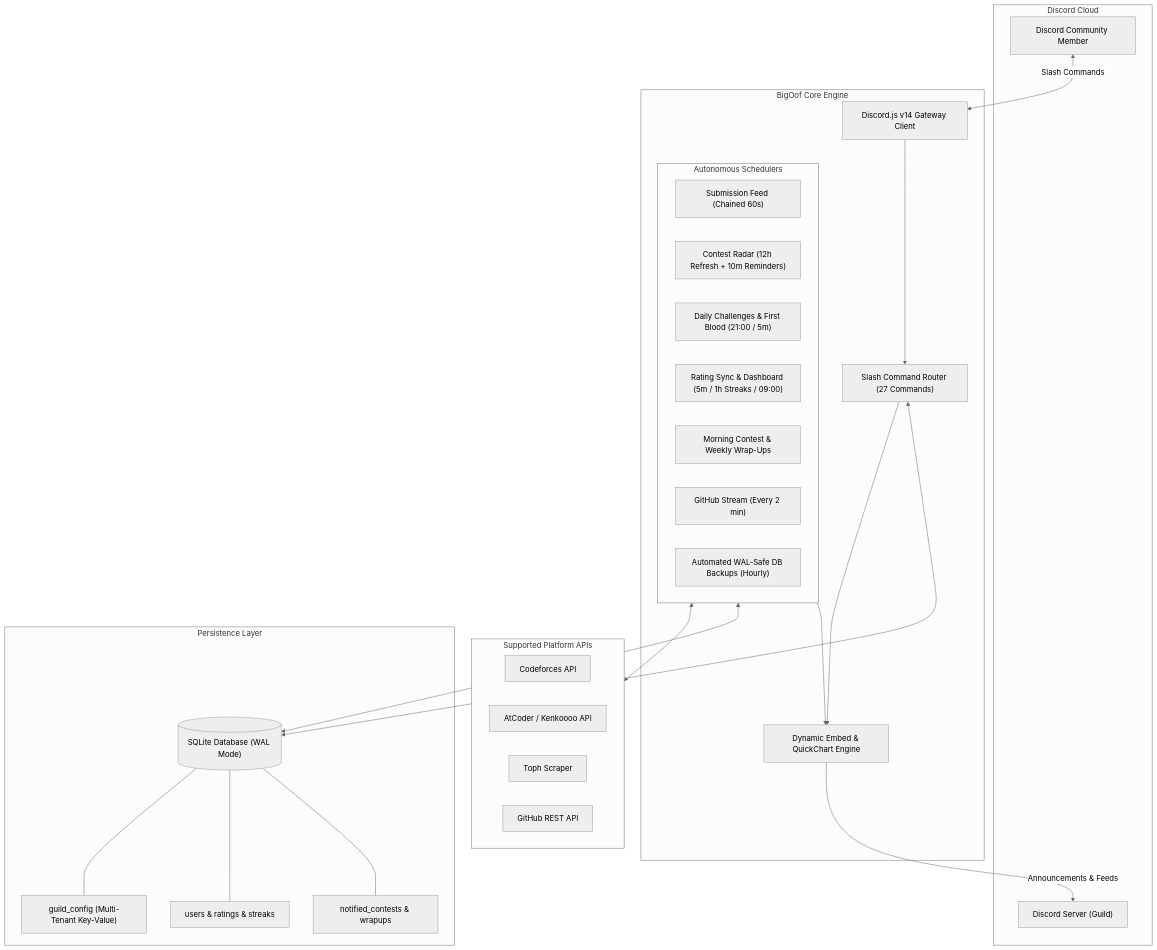
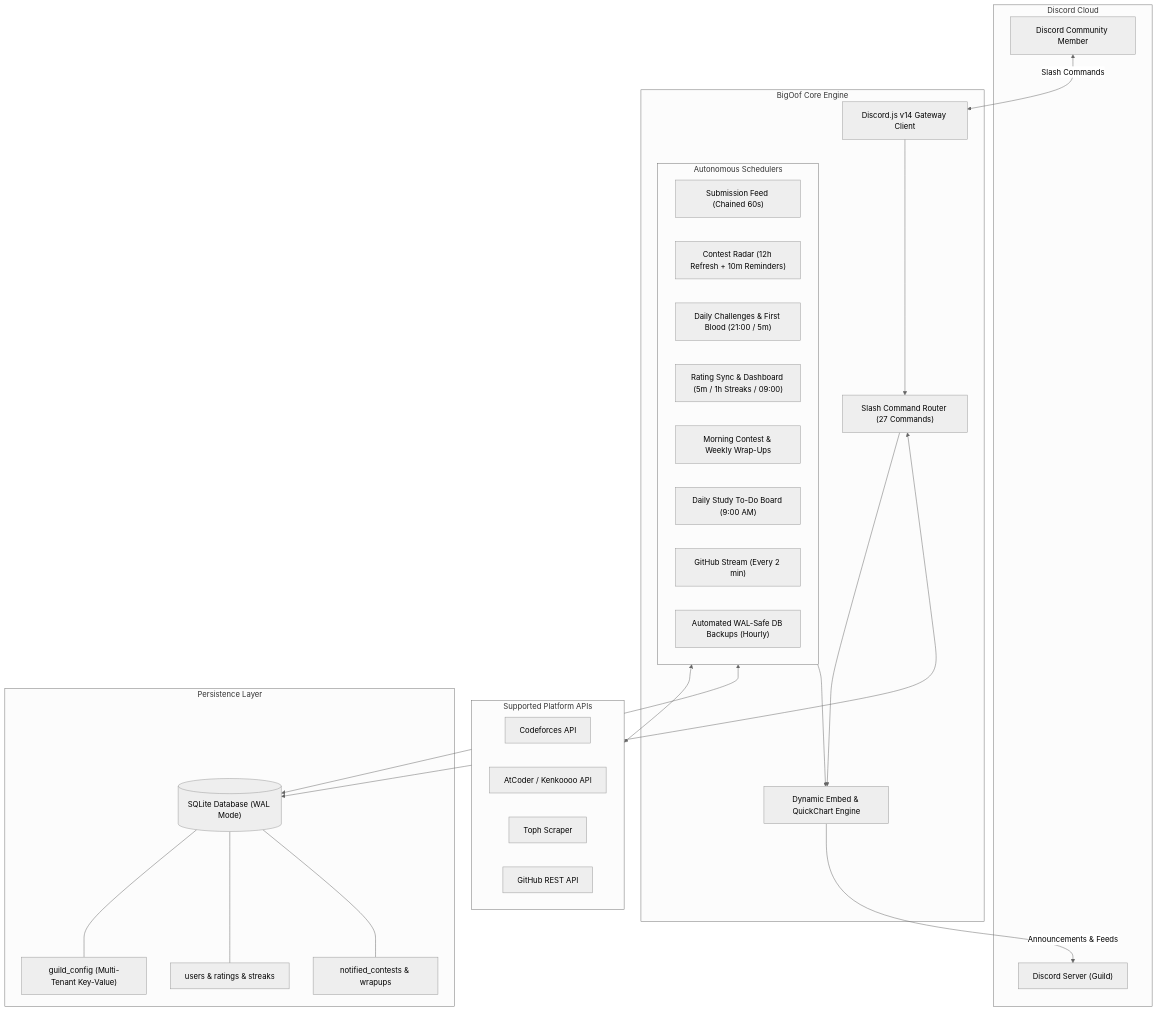
Before and after one commit to Pri8899/BigOof: the diagram in README.md, drawn with Mermaid (neutral theme). The commit also changed other lines of this file and 10 other files, not shown here.

Commit message:
feat(study): add daily 9 AM Study To-Do checklist with unlimited tasks, per-user side ticks, and 100% auto-removal

````diff
--- a/README.md
+++ b/README.md
@@ -45,51 +45,52 @@
 ```mermaid
 flowchart TD
     subgraph Discord ["Discord Cloud"]
         User["Discord Community Member"]
         Guild["Discord Server (Guild)"]
     end
 
     subgraph BigOofCore ["BigOof Core Engine"]
         Gateway["Discord.js v14 Gateway Client"]
         CmdRouter["Slash Command Router (27 Commands)"]
 
         subgraph Schedulers ["Autonomous Schedulers"]
             FeedTask["Submission Feed (Chained 60s)"]
             ContestTask["Contest Radar (12h Refresh + 10m Reminders)"]
             DailyTask["Daily Challenges & First Blood (21:00 / 5m)"]
             RatingTask["Rating Sync & Dashboard (5m / 1h Streaks / 09:00)"]
             WrapupTask["Morning Contest & Weekly Wrap-Ups"]
+            StudyTask["Daily Study To-Do Board (9:00 AM)"]
             GitHubTask["GitHub Stream (Every 2 min)"]
             BackupTask["Automated WAL-Safe DB Backups (Hourly)"]
         end
 
         EmbedEngine["Dynamic Embed & QuickChart Engine"]
     end
 
     subgraph DataStore ["Persistence Layer"]
         DB[("SQLite Database (WAL Mode)")]
         GuildConfig["guild_config (Multi-Tenant Key-Value)"]
         Users["users & ratings & streaks"]
         Contests["notified_contests & wrapups"]
     end
 
     subgraph PlatformAPIs ["Supported Platform APIs"]
         CF["Codeforces API"]
         AC["AtCoder / Kenkoooo API"]
         Toph["Toph Scraper"]
         GH["GitHub REST API"]
     end
 
     User <-->|Slash Commands| Gateway
     Gateway --> CmdRouter
     CmdRouter --> EmbedEngine
     CmdRouter <--> DB
 
     Schedulers <--> PlatformAPIs
     Schedulers <--> DB
     Schedulers --> EmbedEngine
     EmbedEngine -->|Announcements & Feeds| Guild
     DB --- GuildConfig
     DB --- Users
     DB --- Contests
 ```
````
